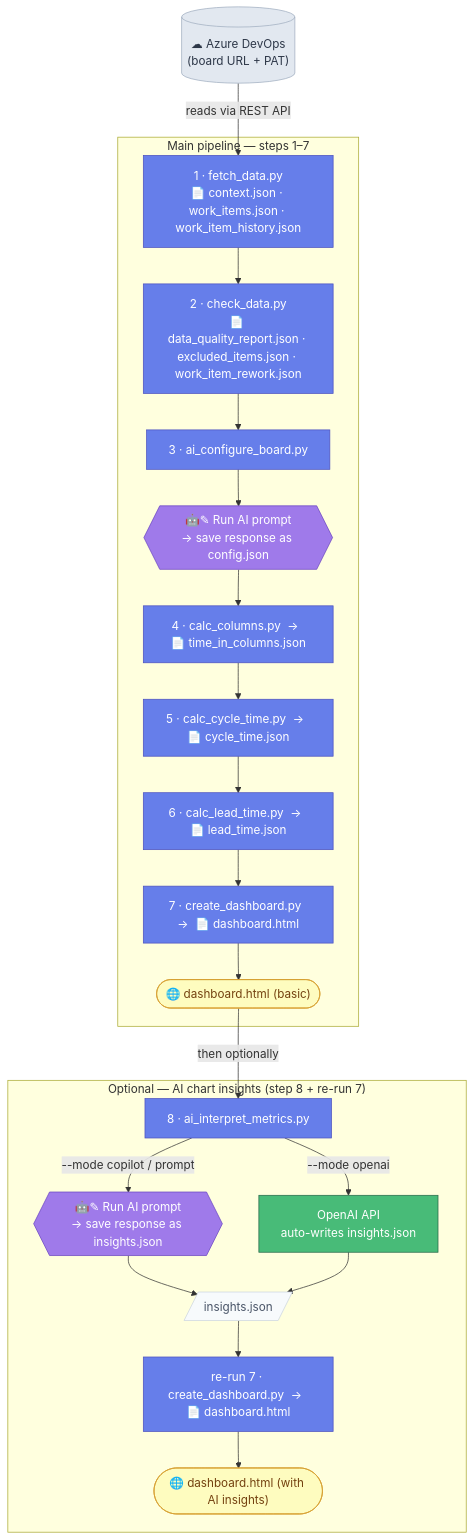
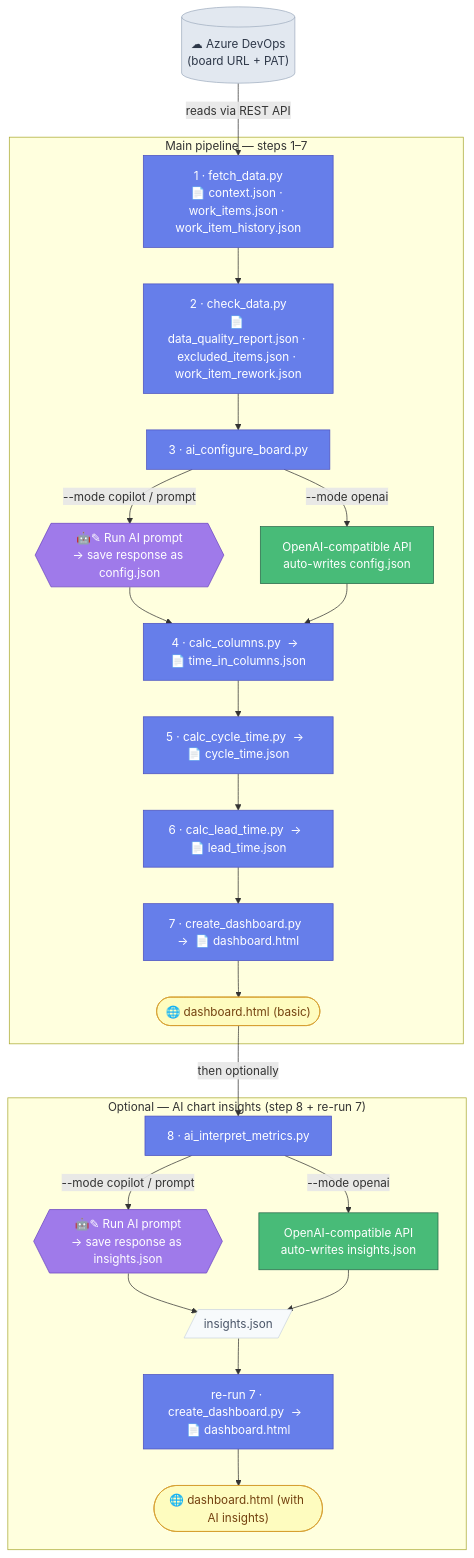
The diagram in README.md (asos-davidmichel/ai-flow-metrics), drawn with Mermaid before and after one commit. The commit also changed other lines of this file, not shown here.

Commit message:
docs: update README for tags-list signals, OPENAI_BASE_URL, --yes/--insights-mode flags

````diff
--- a/README.md
+++ b/README.md
@@ -51,41 +51,45 @@
 ```mermaid
 flowchart TD
   ADO[("☁ Azure DevOps\n(board URL + PAT)")]:::external
 
   subgraph main["Main pipeline — steps 1–7"]
     fetch["1 · fetch_data.py\n📄 context.json · work_items.json · work_item_history.json"]:::script
     check["2 · check_data.py\n📄 data_quality_report.json · excluded_items.json · work_item_rework.json"]:::script
     aiconf["3 · ai_configure_board.py"]:::script
     aiconfprompt{{"🤖✎ Run AI prompt\n→ save response as config.json"}}:::humanai
+    autoconf["OpenAI-compatible API\nauto-writes config.json"]:::autoai
     calccol["4 · calc_columns.py  →  📄 time_in_columns.json"]:::script
     calcct["5 · calc_cycle_time.py  →  📄 cycle_time.json"]:::script
     calclt["6 · calc_lead_time.py  →  📄 lead_time.json"]:::script
     dash["7 · create_dashboard.py  →  📄 dashboard.html"]:::script
     out(["🌐 dashboard.html (basic)"]):::output
 
-    fetch --> check --> aiconf --> aiconfprompt --> calccol --> calcct --> calclt --> dash --> out
+    fetch --> check --> aiconf
+    aiconf -->|"--mode copilot / prompt"| aiconfprompt --> calccol
+    aiconf -->|"--mode openai"| autoconf --> calccol
+    calccol --> calcct --> calclt --> dash --> out
   end
 
   subgraph opt["Optional — AI chart insights (step 8 + re-run 7)"]
     aimetrics["8 · ai_interpret_metrics.py"]:::script
     savemetrics{{"🤖✎ Run AI prompt\n→ save response as insights.json"}}:::humanai
-    autoinsights["OpenAI API\nauto-writes insights.json"]:::autoai
+    autoinsights["OpenAI-compatible API\nauto-writes insights.json"]:::autoai
     insights[/"insights.json"/]:::file
     redash["re-run 7 · create_dashboard.py  →  📄 dashboard.html"]:::script
     out2(["🌐 dashboard.html (with AI insights)"]):::output
 
     aimetrics -->|"--mode copilot / prompt"| savemetrics --> insights
     aimetrics -->|"--mode openai"| autoinsights --> insights
     insights --> redash --> out2
   end
 
   ADO -->|"reads via REST API"| fetch
   out -->|"then optionally"| aimetrics
 
   classDef script  fill:#667eea,color:#fff,stroke:#4c51bf
   classDef humanai fill:#9f7aea,color:#fff,stroke:#6b46c1
   classDef autoai  fill:#48bb78,color:#fff,stroke:#276749
   classDef external fill:#e2e8f0,color:#2d3748,stroke:#a0aec0
   classDef file    fill:#f7fafc,color:#4a5568,stroke:#cbd5e0
   classDef output  fill:#fefcbf,color:#744210,stroke:#d69e2e
 ```
````
